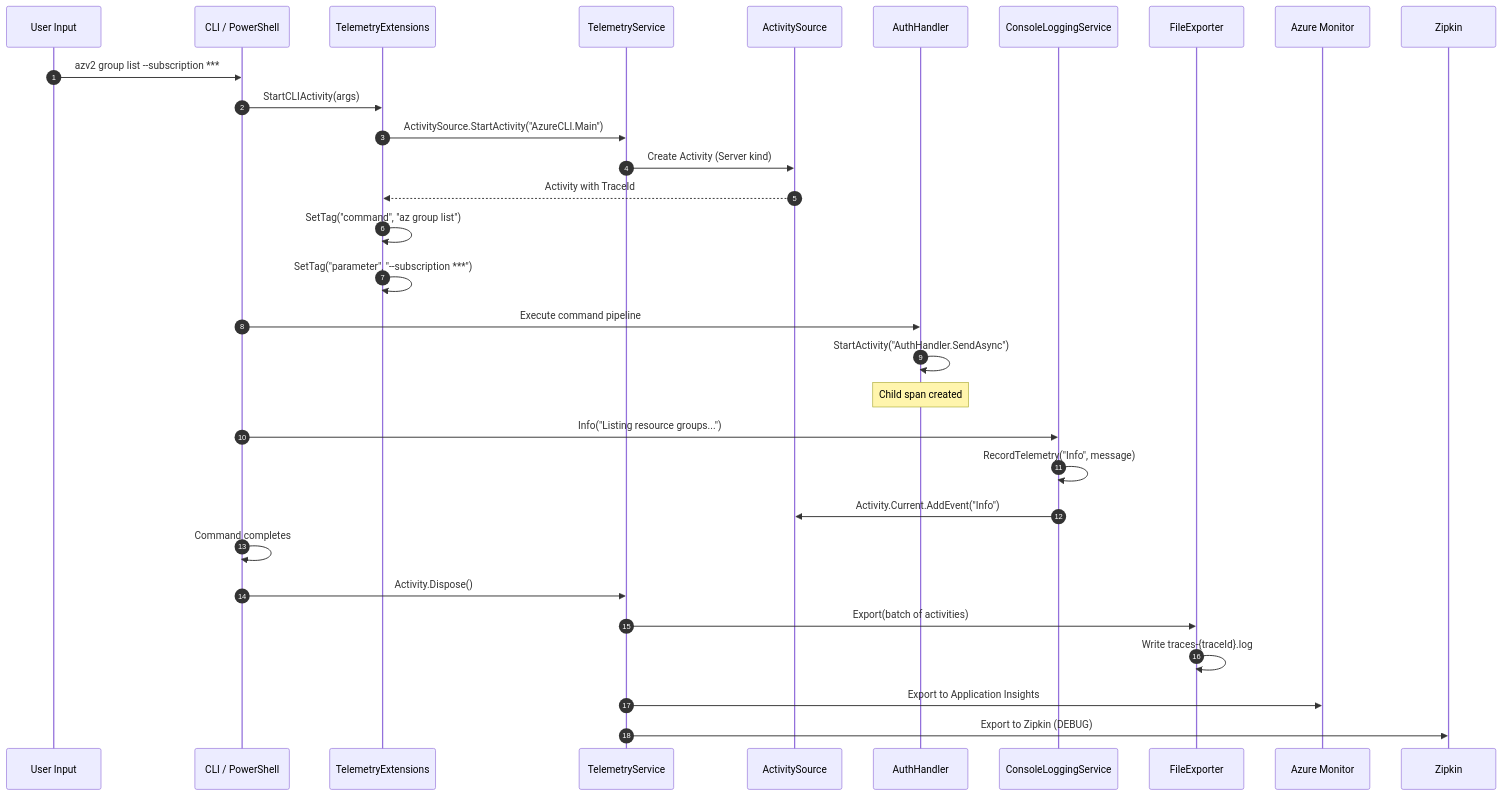
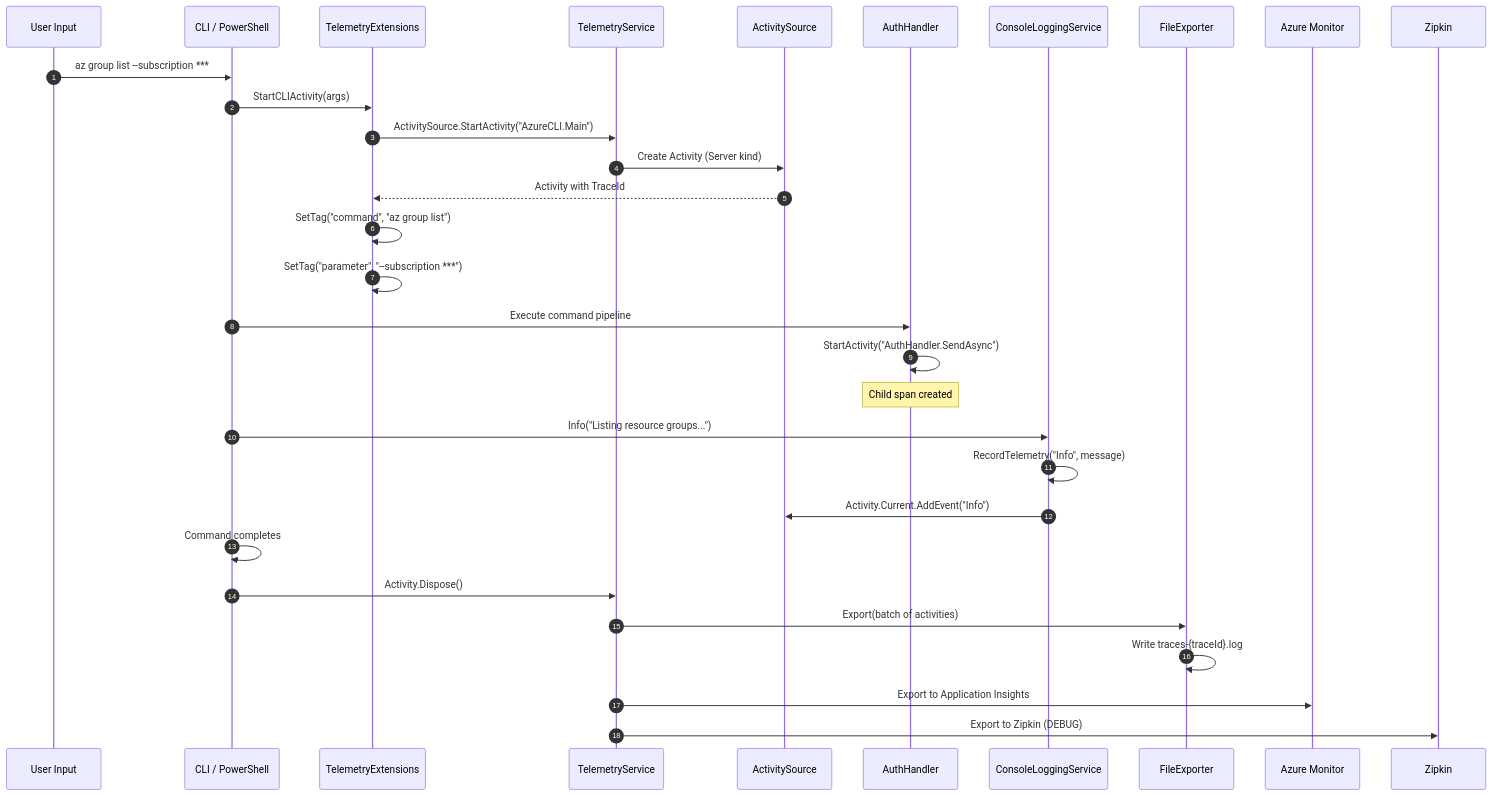
The second of 2 diagrams in wiki/02-deep-dive/telemetry.md (Azure/azclips), drawn with Mermaid before and after one commit. The commit also changed 136 other files, not shown here.

````diff
--- a/wiki/02-deep-dive/telemetry.md
+++ b/wiki/02-deep-dive/telemetry.md
@@ -196,38 +196,38 @@
 ```mermaid
 sequenceDiagram
     autonumber
     participant User as User Input
     participant CLI as CLI / PowerShell
     participant Ext as TelemetryExtensions
     participant TS as TelemetryService
     participant AS as ActivitySource
     participant Auth as AuthHandler
     participant Log as ConsoleLoggingService
     participant FE as FileExporter
     participant AM as Azure Monitor
     participant ZK as Zipkin
 
-    User->>CLI: azv2 group list --subscription ***
+    User->>CLI: az group list --subscription ***
     CLI->>Ext: StartCLIActivity(args)
     Ext->>TS: ActivitySource.StartActivity("AzureCLI.Main")
     TS->>AS: Create Activity (Server kind)
     AS-->>Ext: Activity with TraceId
     Ext->>Ext: SetTag("command", "az group list")
     Ext->>Ext: SetTag("parameter", "--subscription ***")
 
     CLI->>Auth: Execute command pipeline
     Auth->>Auth: StartActivity("AuthHandler.SendAsync")
     Note over Auth: Child span created
 
     CLI->>Log: Info("Listing resource groups...")
     Log->>Log: RecordTelemetry("Info", message)
     Log->>AS: Activity.Current.AddEvent("Info")
 
     CLI->>CLI: Command completes
     CLI->>TS: Activity.Dispose()
 
     TS->>FE: Export(batch of activities)
     FE->>FE: Write traces-{traceId}.log
     TS->>AM: Export to Application Insights
     TS->>ZK: Export to Zipkin (DEBUG)
 ```
````
